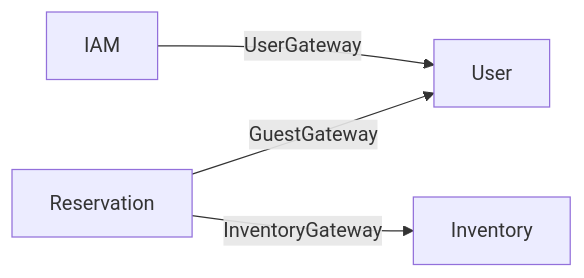
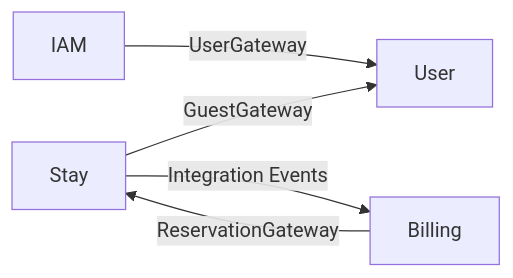
One commit to sahdoio/guesthub changed the fifth of 6 diagrams in docs/event-storming.md. Above: the diagram before and after it, drawn with Mermaid. The commit also changed other lines of this file and 145 other files, not shown here.

````diff
--- a/docs/event-storming.md
+++ b/docs/event-storming.md
@@ -436,6 +481,7 @@
 ```mermaid
 graph LR
-    IAM -- UserGateway --> User
-    Reservation -- GuestGateway --> User
-    Reservation -- InventoryGateway --> Inventory
+    IAM -- UserGateway --> IAM_User[User]
+    Stay -- GuestGateway --> IAM_User
+    Billing -- ReservationGateway --> Stay
+    Stay -- "Integration Events" --> Billing
 ```
````
